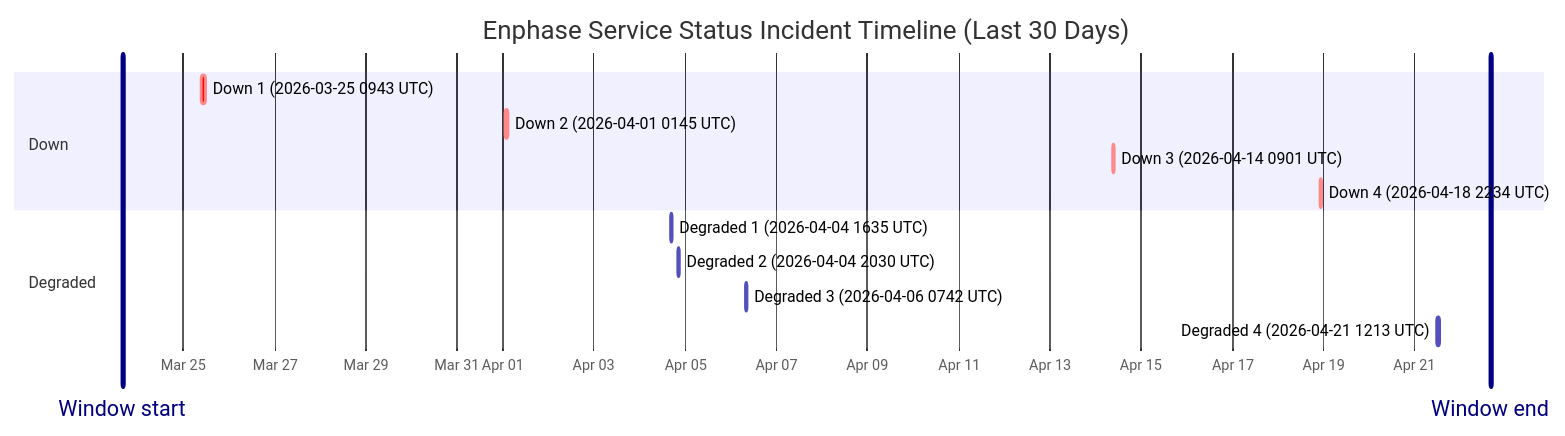
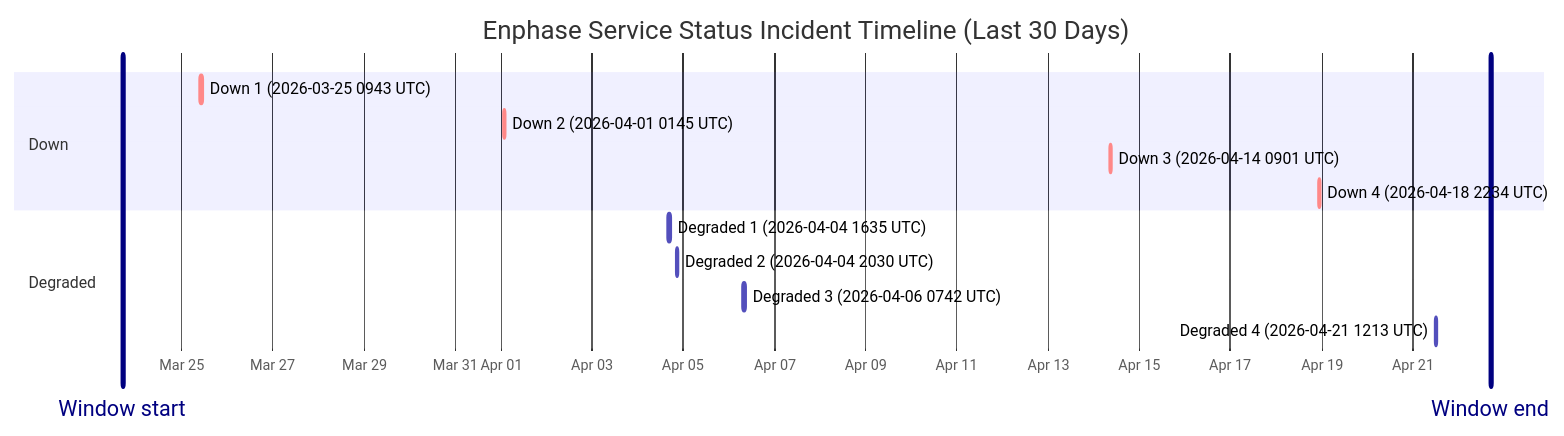
One commit to barneyonline/ha-enphase-ev-charger changed the diagram in wiki/Service-Status-History.md. Above: the diagram before and after it, drawn with Mermaid. The commit also changed other lines of this file and 3 other files, not shown here.

````diff
--- a/wiki/Service-Status-History.md
+++ b/wiki/Service-Status-History.md
@@ -14,18 +14,18 @@
 ```mermaid
 gantt
     title Enphase Service Status Incident Timeline (Last 30 Days)
     dateFormat  YYYY-MM-DDTHH:mm:ss
     axisFormat  %b %d
-    Window start :vert, window-start, 2026-03-23T15:53:57, 0ms
-    Window end :vert, window-end, 2026-04-22T15:53:57, 0ms
+    Window start :vert, window-start, 2026-03-23T16:59:18, 0ms
+    Window end :vert, window-end, 2026-04-22T16:59:18, 0ms
     section Down
     Down 1 (2026-03-25 0943 UTC) :crit, down-1, 2026-03-25T09:43:28, 111m
     Down 2 (2026-04-01 0145 UTC) :crit, down-2, 2026-04-01T01:45:09, 60m
     Down 3 (2026-04-14 0901 UTC) :crit, down-3, 2026-04-14T09:01:13, 60m
     Down 4 (2026-04-18 2234 UTC) :crit, down-4, 2026-04-18T22:34:13, 60m
     section Degraded
     Degraded 1 (2026-04-04 1635 UTC) :active, degraded-1, 2026-04-04T16:35:17, 60m
     Degraded 2 (2026-04-04 2030 UTC) :active, degraded-2, 2026-04-04T20:30:40, 60m
     Degraded 3 (2026-04-06 0742 UTC) :active, degraded-3, 2026-04-06T07:42:09, 85m
     Degraded 4 (2026-04-21 1213 UTC) :active, degraded-4, 2026-04-21T12:13:11, 60m
 ```
````
